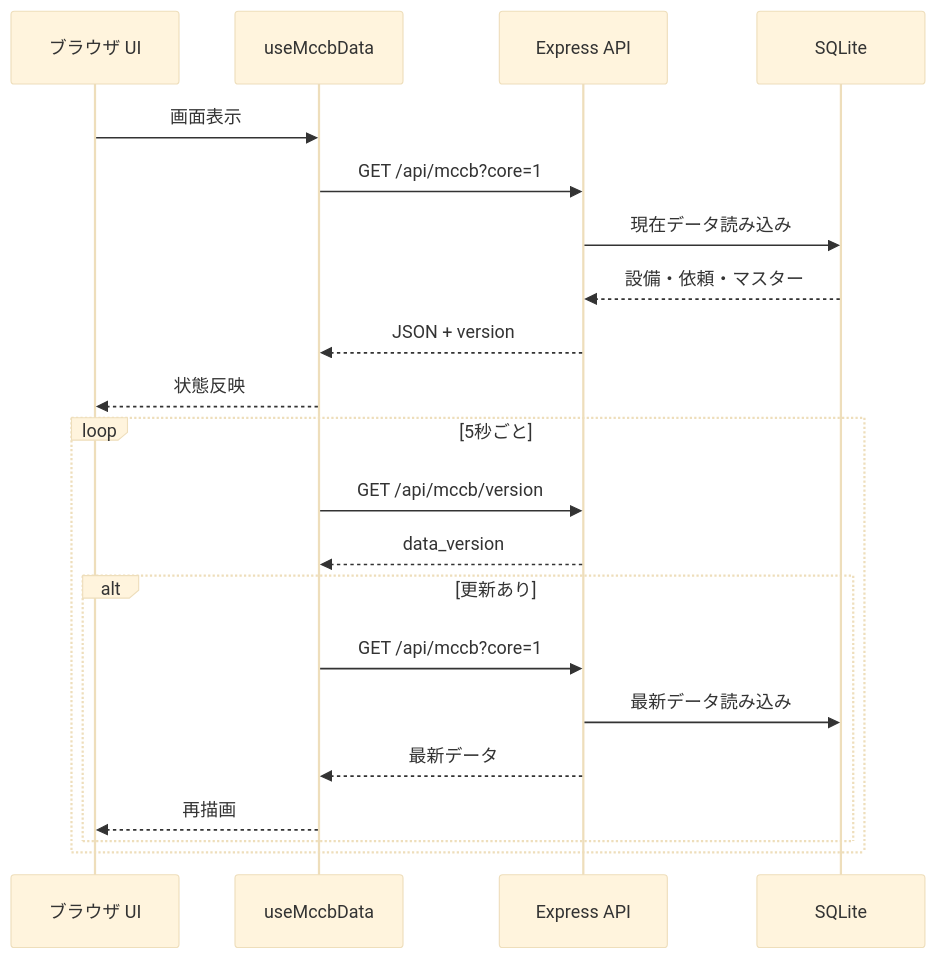
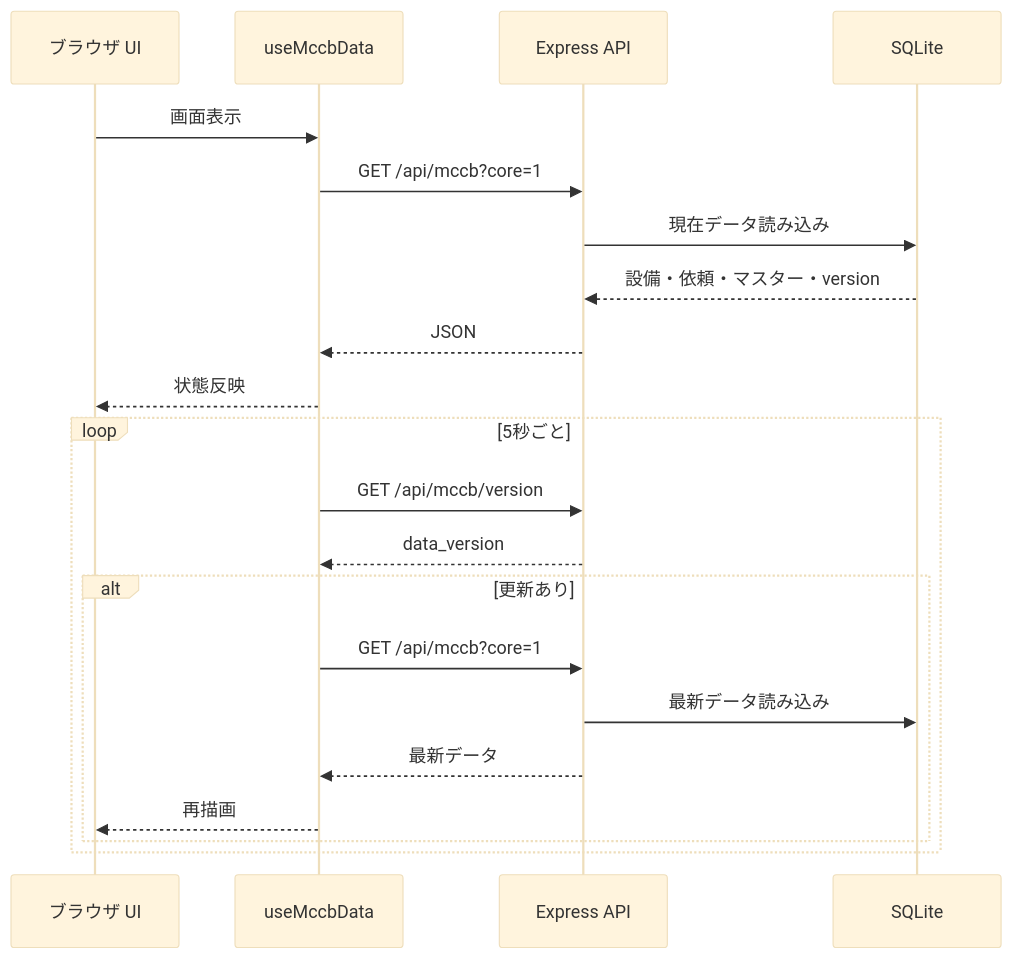
The fourth of 6 diagrams in docs/system-architecture.md (nas105397-ux/mccb-manager), drawn with Mermaid (base theme) before and after one commit. The commit also changed other lines of this file and 1 other file, not shown here.

Commit message:
ハードウェアおよびシステム構成図の改善: 標準構成の説明を明確化し、ネットワーク接続や機器の役割を整理。印刷操作の接続方法を更新し、構成の考え方を簡潔に表現。

````diff
--- a/docs/system-architecture.md
+++ b/docs/system-architecture.md
@@ -114,25 +104,25 @@
 ```mermaid
 sequenceDiagram
   participant UI as ブラウザ UI
   participant Hook as useMccbData
   participant API as Express API
   participant DB as SQLite
 
   UI->>Hook: 画面表示
   Hook->>API: GET /api/mccb?core=1
   API->>DB: 現在データ読み込み
-  DB-->>API: 設備・依頼・マスター
-  API-->>Hook: JSON + version
+  DB-->>API: 設備・依頼・マスター・version
+  API-->>Hook: JSON
   Hook-->>UI: 状態反映
 
   loop 5秒ごと
     Hook->>API: GET /api/mccb/version
     API-->>Hook: data_version
     alt 更新あり
       Hook->>API: GET /api/mccb?core=1
       API->>DB: 最新データ読み込み
       API-->>Hook: 最新データ
       Hook-->>UI: 再描画
     end
   end
 ```
````
